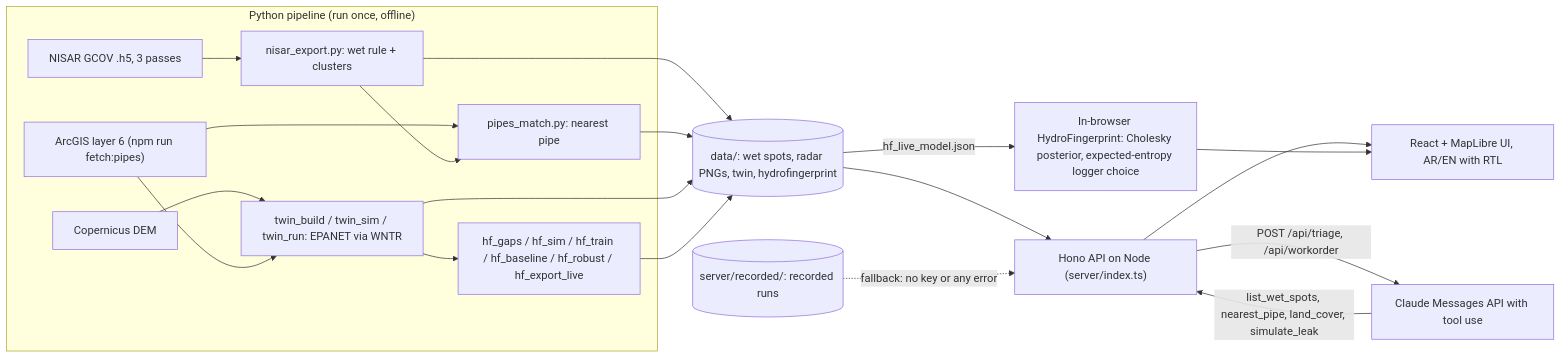
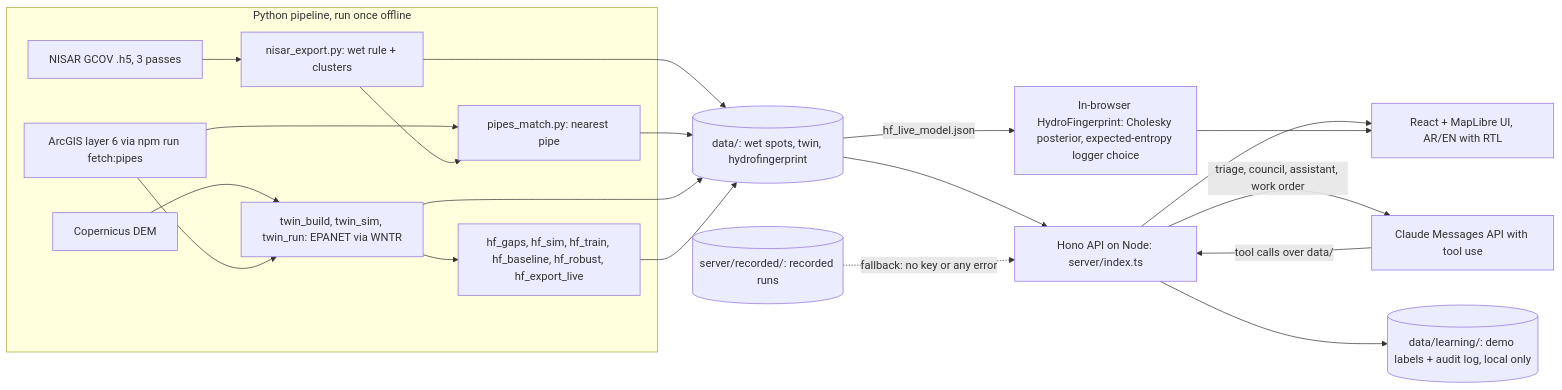
Before and after one commit to kurdim12/missing-blue: the third of 3 diagrams in README.md, drawn with Mermaid. The commit also changed other lines of this file and 18 other files, not shown here.

Commit message:
README rebuilt: pitch film as hero, screenshots gallery, quick start, how it works, data and honesty, architecture, FAQ

````diff
--- a/README.md
+++ b/README.md
@@ -138,22 +452,23 @@
 ```mermaid
 flowchart LR
-  subgraph PIPE["Python pipeline (run once, offline)"]
+  subgraph PIPE["Python pipeline, run once offline"]
     N["NISAR GCOV .h5, 3 passes"] --> NE["nisar_export.py: wet rule + clusters"]
-    P["ArcGIS layer 6 (npm run fetch:pipes)"] --> PM["pipes_match.py: nearest pipe"]
+    P["ArcGIS layer 6 via npm run fetch:pipes"] --> PM["pipes_match.py: nearest pipe"]
     NE --> PM
-    D["Copernicus DEM"] --> TB["twin_build / twin_sim / twin_run: EPANET via WNTR"]
+    D["Copernicus DEM"] --> TB["twin_build, twin_sim, twin_run: EPANET via WNTR"]
     P --> TB
-    TB --> HF["hf_gaps / hf_sim / hf_train / hf_baseline / hf_robust / hf_export_live"]
+    TB --> HF["hf_gaps, hf_sim, hf_train, hf_baseline, hf_robust, hf_export_live"]
   end
-  NE --> DATA[("data/: wet spots, radar PNGs, twin, hydrofingerprint")]
+  NE --> DATA[("data/: wet spots, twin, hydrofingerprint")]
   PM --> DATA
   TB --> DATA
   HF --> DATA
-  DATA --> API["Hono API on Node (server/index.ts)"]
+  DATA --> API["Hono API on Node: server/index.ts"]
   API --> UI["React + MapLibre UI, AR/EN with RTL"]
-  API -- "POST /api/triage, /api/workorder" --> C["Claude Messages API with tool use"]
-  C -- "list_wet_spots, nearest_pipe, land_cover, simulate_leak" --> API
+  API -- "triage, council, assistant, work order" --> C["Claude Messages API with tool use"]
+  C -- "tool calls over data/" --> API
   REC[("server/recorded/: recorded runs")] -. "fallback: no key or any error" .-> API
+  API --> LS[("data/learning/: demo labels + audit log, local only")]
   DATA -- "hf_live_model.json" --> HFB["In-browser HydroFingerprint: Cholesky posterior, expected-entropy logger choice"]
   HFB --> UI
 ```
````
